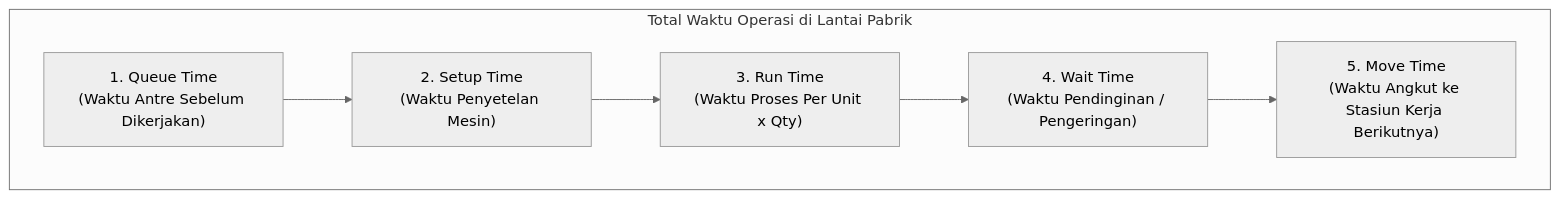
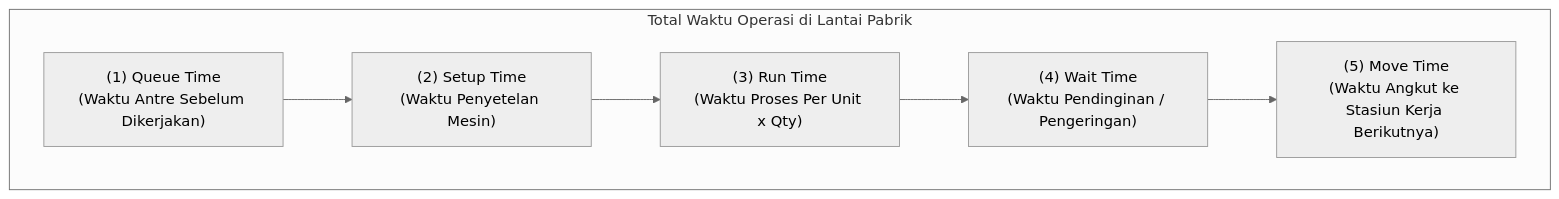
Before and after one commit to alimurrofid/erp-notes: the second of 3 diagrams in content/06-manufacturing/routing-and-work-center.md, drawn with Mermaid (neutral theme). The commit also changed 132 other files, not shown here.

````diff
--- a/content/06-manufacturing/routing-and-work-center.md
+++ b/content/06-manufacturing/routing-and-work-center.md
@@ -69,11 +69,11 @@
 ```mermaid
 flowchart LR
     subgraph TotalLeadTime["Total Waktu Operasi di Lantai Pabrik"]
         direction LR
-        Queue["1. Queue Time<br/>(Waktu Antre Sebelum Dikerjakan)"]
-        --> Setup["2. Setup Time<br/>(Waktu Penyetelan Mesin)"]
-        --> Run["3. Run Time<br/>(Waktu Proses Per Unit x Qty)"]
-        --> Wait["4. Wait Time<br/>(Waktu Pendinginan / Pengeringan)"]
-        --> Move["5. Move Time<br/>(Waktu Angkut ke Stasiun Kerja Berikutnya)"]
+        Queue["(1) Queue Time<br/>(Waktu Antre Sebelum Dikerjakan)"]
+        --> Setup["(2) Setup Time<br/>(Waktu Penyetelan Mesin)"]
+        --> Run["(3) Run Time<br/>(Waktu Proses Per Unit x Qty)"]
+        --> Wait["(4) Wait Time<br/>(Waktu Pendinginan / Pengeringan)"]
+        --> Move["(5) Move Time<br/>(Waktu Angkut ke Stasiun Kerja Berikutnya)"]
     end
 ```
````
